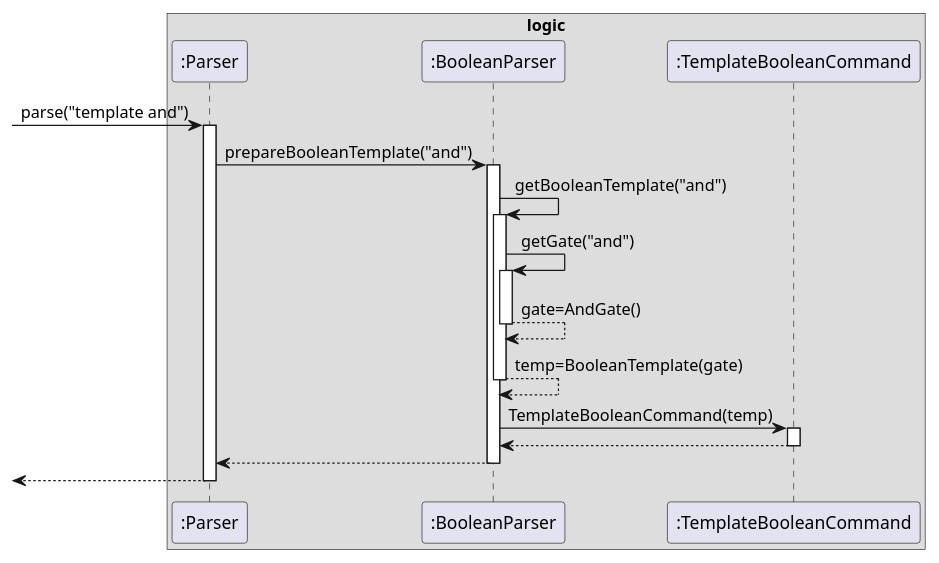
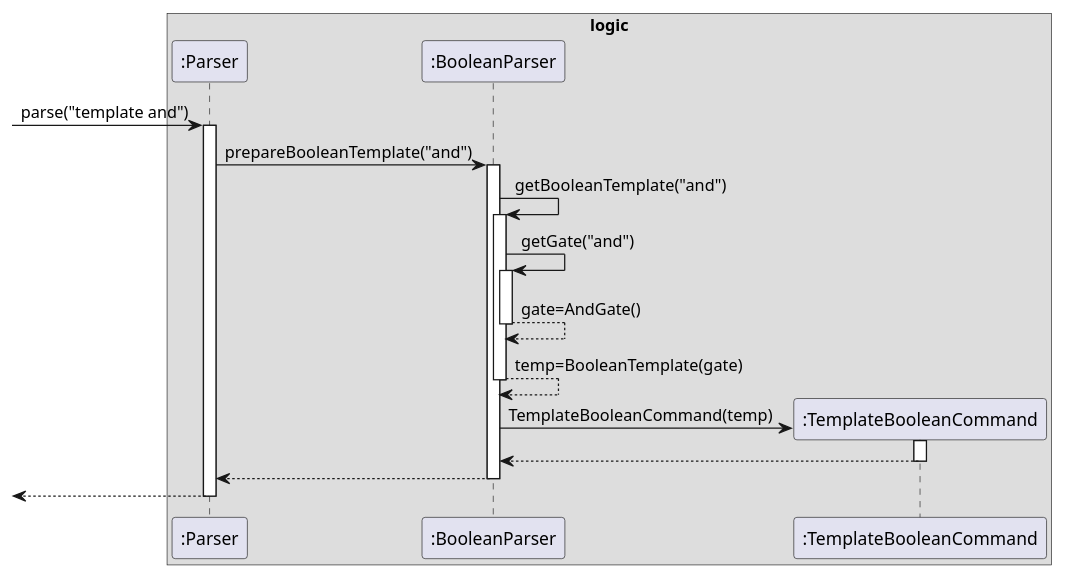
Before and after one commit to sevenseasofbri/tp: the diagram in docs/diagrams/TemplateBooleanCommand.puml, drawn with PlantUML. The commit also changed 2 other files, not shown here.

Commit message:
Update TemplateBooleanCommand constructor

```diff
--- a/docs/diagrams/TemplateBooleanCommand.puml
+++ b/docs/diagrams/TemplateBooleanCommand.puml
@@ -1,41 +1,42 @@
 @startuml
 
 box logic
 [->":Parser": parse("template and")
 
 activate ":Parser"
 
 ":Parser"-> ":BooleanParser": prepareBooleanTemplate("and")
 
 activate ":BooleanParser"
 
 ":BooleanParser" -> ":BooleanParser": getBooleanTemplate("and")
 
 activate ":BooleanParser"
 
 ":BooleanParser" -> ":BooleanParser": getGate("and")
 
 activate ":BooleanParser"
 
 ":BooleanParser" --> ":BooleanParser": gate=AndGate()
 
 deactivate ":BooleanParser"
 
 ":BooleanParser" --> ":BooleanParser": temp=BooleanTemplate(gate)
 
 deactivate ":BooleanParser"
 
+create ":TemplateBooleanCommand"
 ":BooleanParser" -> ":TemplateBooleanCommand": TemplateBooleanCommand(temp)
 
 activate ":TemplateBooleanCommand"
 
 ":TemplateBooleanCommand" --> ":BooleanParser"
 deactivate ":TemplateBooleanCommand"
 
 ":BooleanParser" --> ":Parser"
 deactivate ":BooleanParser"
 
 [<-- ":Parser"
 deactivate ":Parser"
 end box
 @enduml
```
